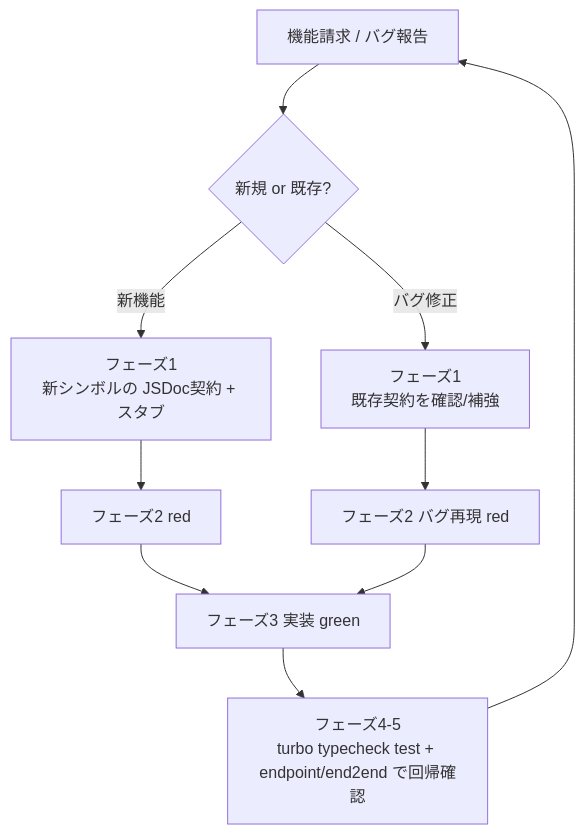
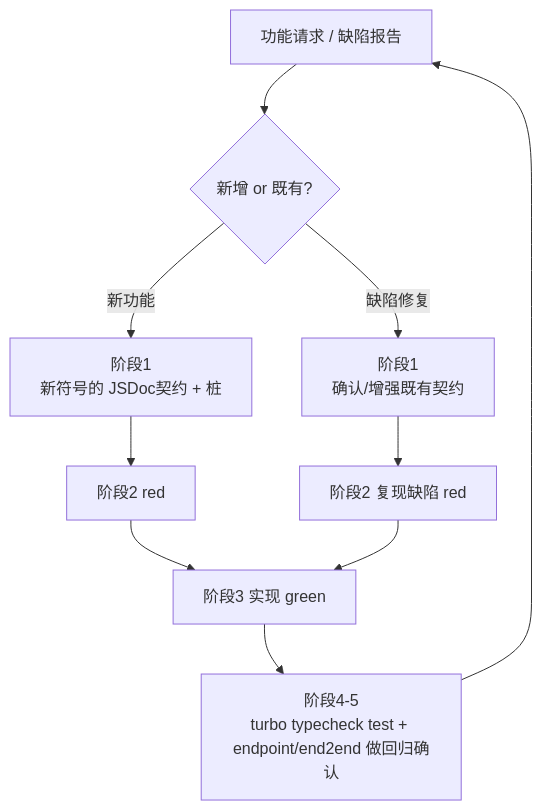
Before and after one commit to magcen-zone/supadevops: the second of 2 diagrams in skills/supa-tdd/SKILL.md, drawn with Mermaid. The commit also changed other lines of this file and 11 other files, not shown here.

````diff
--- a/skills/supa-tdd/SKILL.md
+++ b/skills/supa-tdd/SKILL.md
@@ -176,12 +176,12 @@
 ```mermaid
 flowchart TD
-    REQ["機能請求 / バグ報告"] --> K{"新規 or 既存?"}
-    K -->|新機能| NEW["フェーズ1<br/>新シンボルの JSDoc契約 + スタブ"]
-    K -->|バグ修正| FIX["フェーズ1<br/>既存契約を確認/補強"]
-    NEW --> T["フェーズ2 red"]
-    FIX --> T2["フェーズ2 バグ再現 red"]
-    T --> IMP["フェーズ3 実装 green"]
+    REQ["功能请求 / 缺陷报告"] --> K{"新增 or 既有?"}
+    K -->|新功能| NEW["阶段1<br/>新符号的 JSDoc契约 + 桩"]
+    K -->|缺陷修复| FIX["阶段1<br/>确认/增强既有契约"]
+    NEW --> T["阶段2 red"]
+    FIX --> T2["阶段2 复现缺陷 red"]
+    T --> IMP["阶段3 实现 green"]
     T2 --> IMP
-    IMP --> REG["フェーズ4-5<br/>turbo typecheck test + endpoint/end2end で回帰確認"]
+    IMP --> REG["阶段4-5<br/>turbo typecheck test + endpoint/end2end 做回归确认"]
     REG --> REQ
 ```
````
